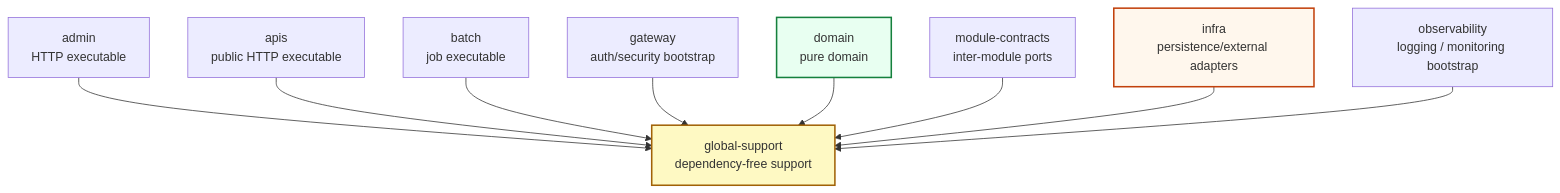
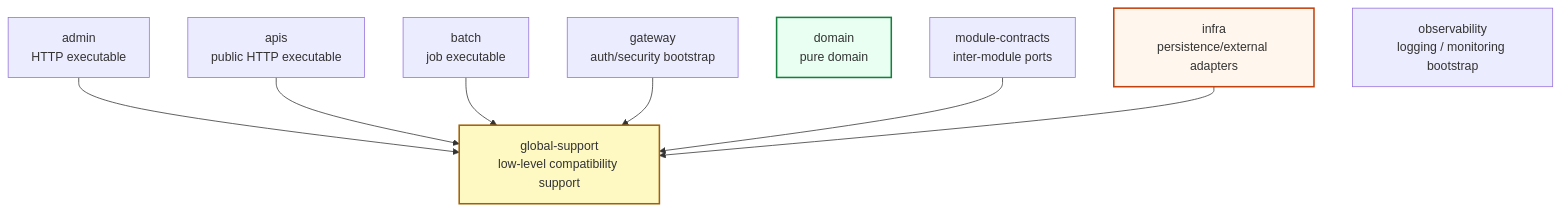
The first of 2 diagrams in global-support/README.md (TEAM-BEAT/BEAT-SERVER), drawn with Mermaid before and after one commit. The commit also changed other lines of this file and 210 other files, not shown here.

````diff
--- a/global-support/README.md
+++ b/global-support/README.md
@@ -50,25 +51,23 @@
 ```mermaid
 flowchart TB
     Admin[admin<br/>HTTP executable]
     Apis[apis<br/>public HTTP executable]
     Batch[batch<br/>job executable]
     Gateway[gateway<br/>auth/security bootstrap]
     Domain[domain<br/>pure domain]
     Contracts[module-contracts<br/>inter-module ports]
     Infra[infra<br/>persistence/external adapters]
     Observability[observability<br/>logging / monitoring bootstrap]
-    Global[global-support<br/>dependency-free support]
+    Global[global-support<br/>low-level compatibility support]
 
     Admin --> Global
     Apis --> Global
     Batch --> Global
     Gateway --> Global
-    Domain --> Global
     Contracts --> Global
     Infra --> Global
-    Observability --> Global
 
     style Global fill:#fef9c3,stroke:#a16207,stroke-width:2px
     style Domain fill:#e8fff1,stroke:#15803d,stroke-width:2px
     style Infra fill:#fff7ed,stroke:#c2410c,stroke-width:2px
 ```
````
